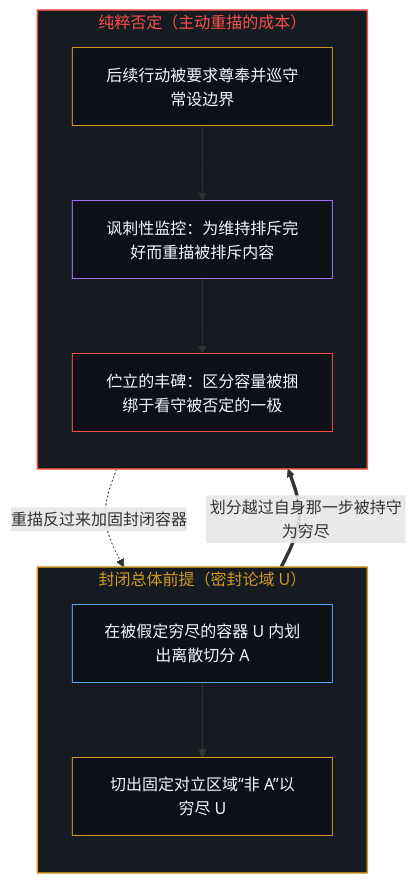
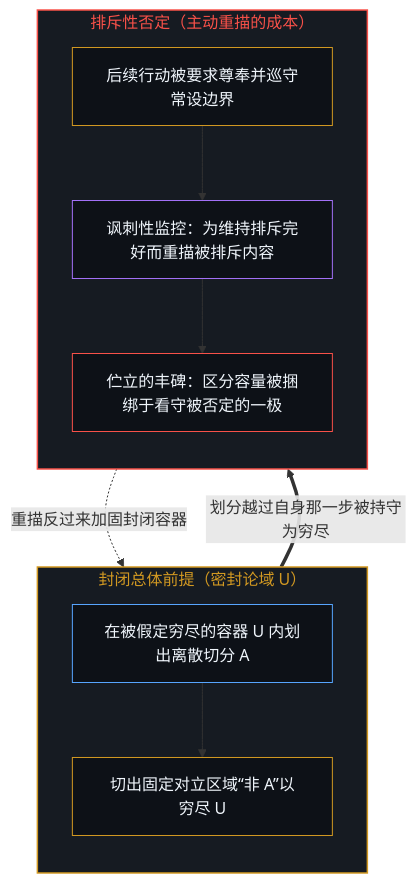
One commit to powerpig99/not-a-toe changed the first of 4 diagrams in content/posts/differentiation-and-the-appearance-of-negation.md. Above: the diagram before and after it, drawn with Mermaid. The commit also changed other lines of this file and 4 other files, not shown here.

````diff
--- a/content/posts/differentiation-and-the-appearance-of-negation.md
+++ b/content/posts/differentiation-and-the-appearance-of-negation.md
@@ -43,25 +43,25 @@
 ```mermaid
 flowchart TD
     subgraph S_Closed["封闭总体前提（密封论域 U）"]
         direction TB
         C_Cut["在被假定穷尽的容器 U 内划出离散切分 A"]
         C_Comp["切出固定对立区域“非 A”以穷尽 U"]
         C_Cut --> C_Comp
     end
-    subgraph S_Retrace["纯粹否定（主动重描的成本）"]
+    subgraph S_Retrace["排斥性否定（主动重描的成本）"]
         direction TB
         R_Honor["后续行动被要求尊奉并巡守常设边界"]
         R_Loop["讽刺性监控：为维持排斥完好而重描被排斥内容"]
         R_Mon["伫立的丰碑：区分容量被捆绑于看守被否定的一极"]
         R_Honor --> R_Loop --> R_Mon
     end
     C_Comp ==>|"划分越过自身那一步被持守为穷尽"| R_Honor
     R_Mon -.->|"重描反过来加固封闭容器"| C_Cut
     style S_Closed fill:#161b22,stroke:#d29922,stroke-width:1.5px,color:#d29922
     style S_Retrace fill:#161b22,stroke:#f85149,stroke-width:1.5px,color:#f85149
     style C_Cut fill:#0d1117,stroke:#58a6ff,stroke-width:1px,color:#f0f6fc
     style C_Comp fill:#0d1117,stroke:#d29922,stroke-width:1px,color:#f0f6fc
     style R_Honor fill:#0d1117,stroke:#d29922,stroke-width:1px,color:#f0f6fc
     style R_Loop fill:#0d1117,stroke:#a371f7,stroke-width:1px,color:#f0f6fc
     style R_Mon fill:#0d1117,stroke:#f85149,stroke-width:1px,color:#f0f6fc
 ```
````
